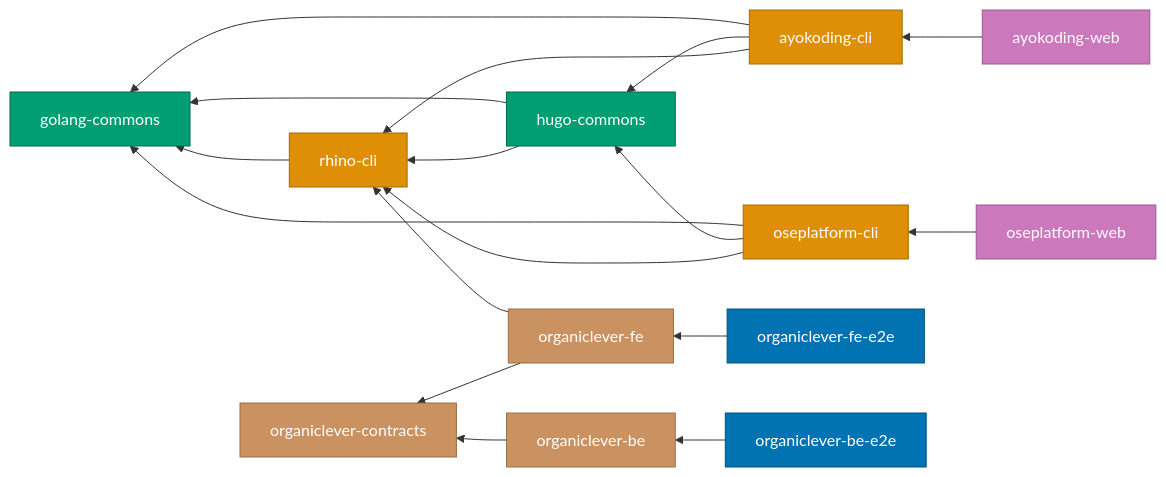
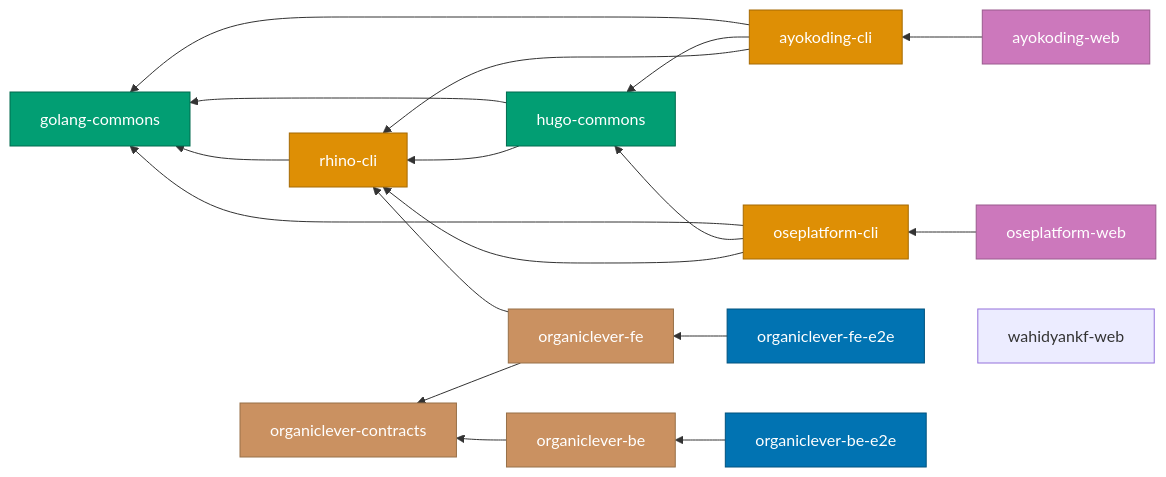
One commit to wahidyankf/open-sharia-enterprise changed the diagram in docs/reference/project-dependency-graph.md. Above: the diagram before and after it, drawn with Mermaid. The commit also changed other lines of this file and 67 other files, not shown here.

````diff
--- a/docs/reference/project-dependency-graph.md
+++ b/docs/reference/project-dependency-graph.md
@@ -56,59 +56,60 @@
 ```mermaid
 graph RL
   %% Go libs (leaf / near-leaf)
   GC[golang-commons]
   HC[hugo-commons]
 
   %% CLI tools
   RC[rhino-cli]
   AKC[ayokoding-cli]
   OPC[oseplatform-cli]
 
   %% Content sites
   AKW[ayokoding-web]
   OPW[oseplatform-web]
+  WKF[wahidyankf-web]
 
   %% OrganicLever
   OLF[organiclever-fe]
   OLB[organiclever-be]
   OLC[organiclever-contracts]
   OLFE2E[organiclever-fe-e2e]
   OLBE2E[organiclever-be-e2e]
 
   %% --- Dependency edges ---
 
   %% Go lib chain
   RC --> GC
   HC --> GC
   HC --> RC
   AKC --> GC
   AKC --> HC
   AKC --> RC
   OPC --> GC
   OPC --> HC
   OPC --> RC
 
   %% Content sites
   AKW --> AKC
   OPW --> OPC
 
   %% OrganicLever
   OLF --> RC
   OLF --> OLC
   OLB --> OLC
   OLFE2E --> OLF
   OLBE2E --> OLB
 
   %% Styles
   classDef lib fill:#029E73,stroke:#016B4E,color:#FFFFFF
   classDef cli fill:#DE8F05,stroke:#A56A04,color:#FFFFFF
   classDef site fill:#CC78BC,stroke:#9A5A8E,color:#FFFFFF
   classDef product fill:#CA9161,stroke:#977048,color:#FFFFFF
   classDef e2e fill:#0173B2,stroke:#01537F,color:#FFFFFF
 
   class GC,HC lib
   class RC,AKC,OPC cli
   class AKW,OPW site
   class OLF,OLB,OLC product
   class OLFE2E,OLBE2E e2e
 ```
````
